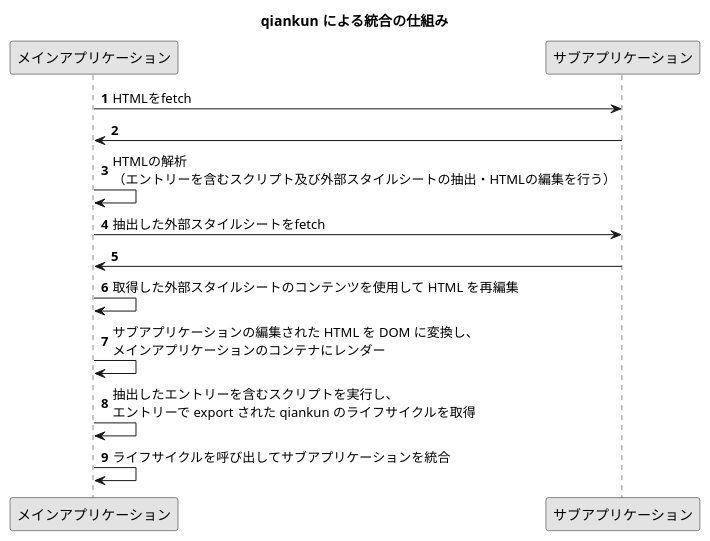
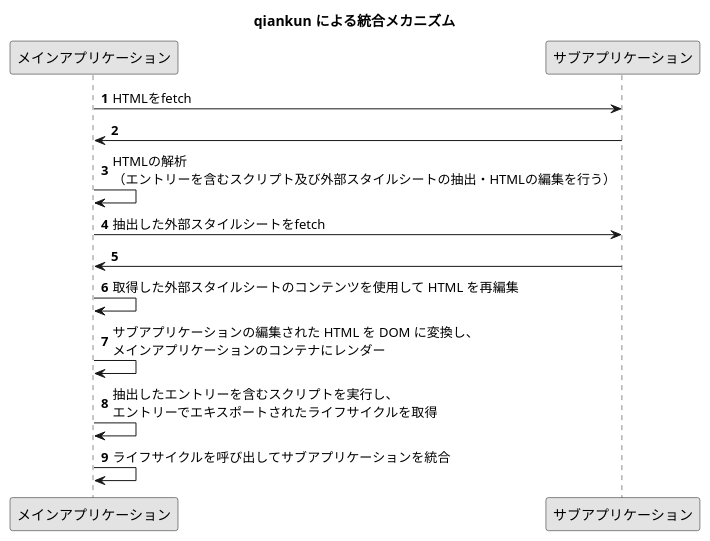
One commit to kotarella1110/zenn-docs changed the diagram in articles/d49fa1286c6349.md. Above: the diagram before and after it, drawn with PlantUML. The commit also changed other lines of this file, not shown here.

````diff
--- a/articles/d49fa1286c6349.md
+++ b/articles/d49fa1286c6349.md
@@ -189,25 +191,25 @@
 ```plantuml
 @startuml
 
 skinparam monochrome true
 skinparam shadowing false
 
-title qiankun による統合の仕組み
+title qiankun による統合メカニズム
 
 participant "メインアプリケーション" as mainApp
 participant "サブアプリケーション" as subApp
 
 autonumber
 
 mainApp -> subApp: HTMLをfetch
 subApp -> mainApp
 mainApp -> mainApp: HTMLの解析\n（エントリーを含むスクリプト及び外部スタイルシートの抽出・HTMLの編集を行う）
 mainApp -> subApp: 抽出した外部スタイルシートをfetch
 subApp -> mainApp
 mainApp -> mainApp: 取得した外部スタイルシートのコンテンツを使用して HTML を再編集
 mainApp -> mainApp: サブアプリケーションの編集された HTML を DOM に変換し、\nメインアプリケーションのコンテナにレンダー
-mainApp -> mainApp: 抽出したエントリーを含むスクリプトを実行し、\nエントリーで export された qiankun のライフサイクルを取得
+mainApp -> mainApp: 抽出したエントリーを含むスクリプトを実行し、\nエントリーでエキスポートされたライフサイクルを取得
 mainApp -> mainApp: ライフサイクルを呼び出してサブアプリケーションを統合
 
 @enduml
 ```
````
